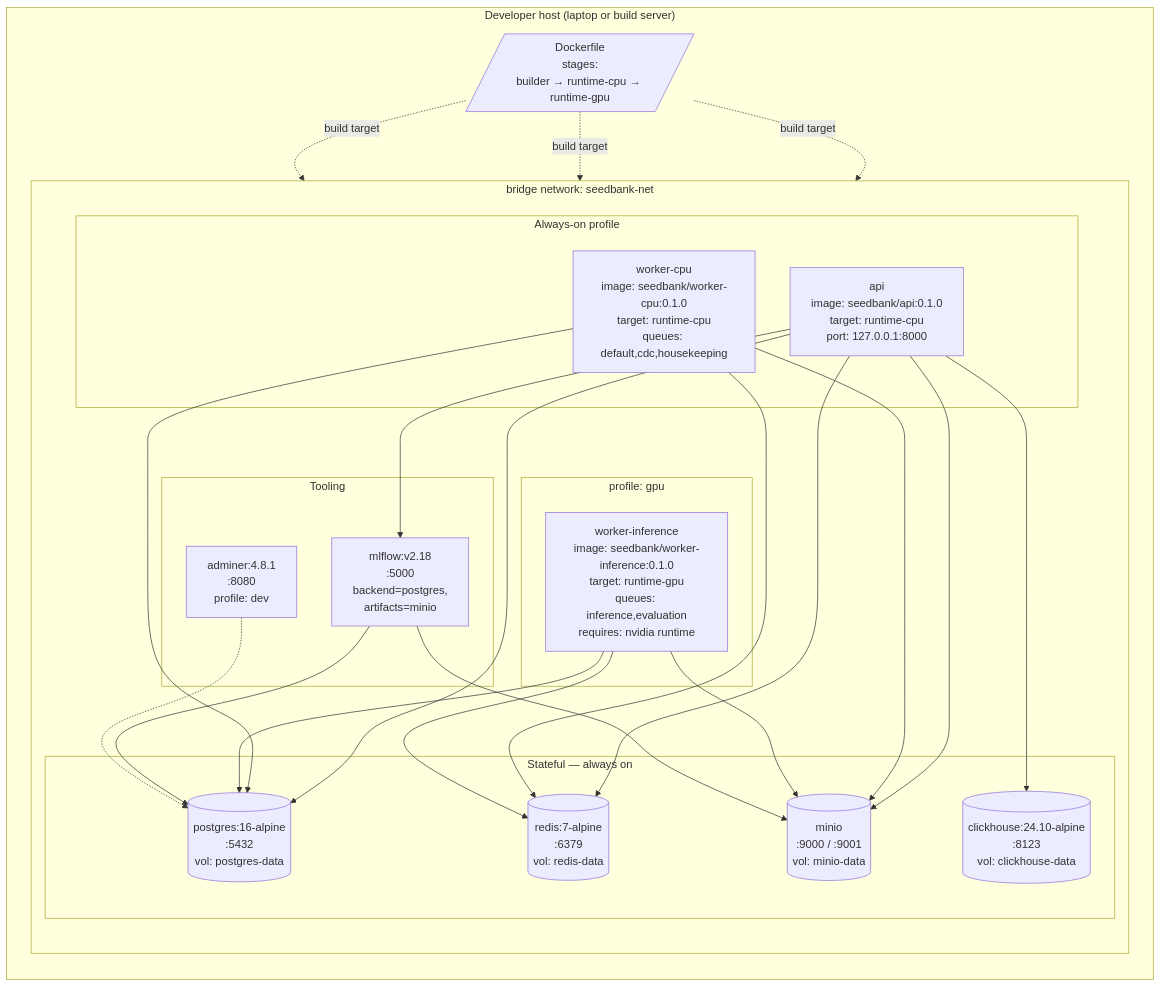
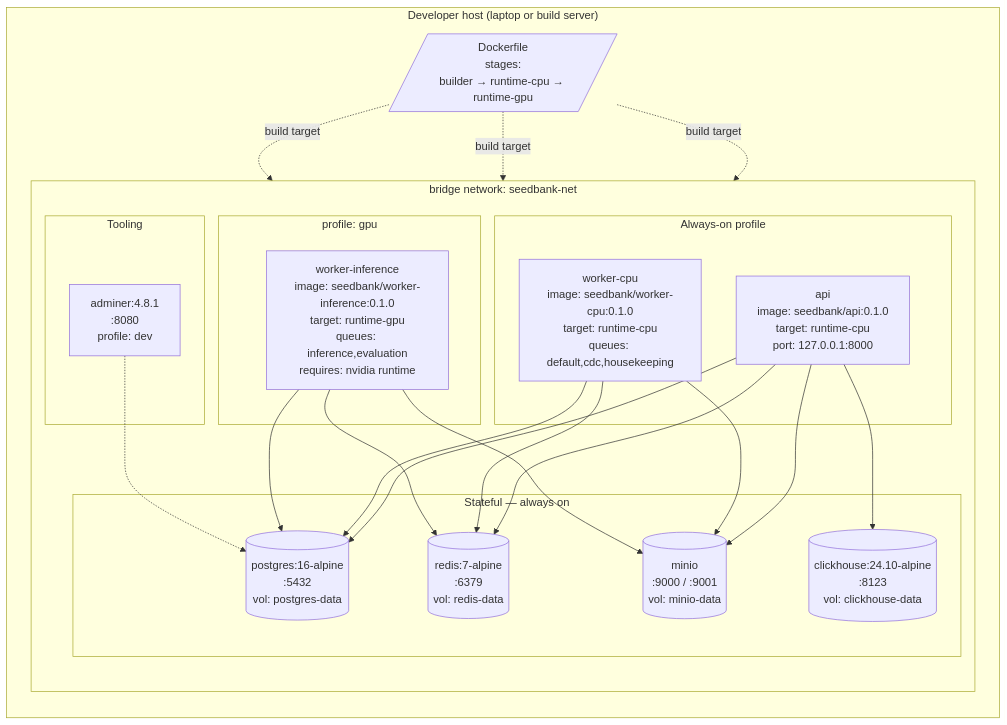
Before and after one commit to RealOrangeKun/seed-bank: the first of 2 diagrams in docs/diagrams/10-deployment.md, drawn with Mermaid. The commit also changed other lines of this file and 98 other files, not shown here.

````diff
--- a/docs/diagrams/10-deployment.md
+++ b/docs/diagrams/10-deployment.md
@@ -9,56 +9,51 @@
 ```mermaid
 flowchart TB
     subgraph Host["Developer host (laptop or build server)"]
         direction TB
 
         subgraph Net["bridge network: seedbank-net"]
             direction TB
 
             subgraph App["Always-on profile"]
                 API[api<br/>image: seedbank/api:0.1.0<br/>target: runtime-cpu<br/>port: 127.0.0.1:8000]
                 WCPU[worker-cpu<br/>image: seedbank/worker-cpu:0.1.0<br/>target: runtime-cpu<br/>queues: default,cdc,housekeeping]
             end
 
             subgraph GPU["profile: gpu"]
                 WGPU[worker-inference<br/>image: seedbank/worker-inference:0.1.0<br/>target: runtime-gpu<br/>queues: inference,evaluation<br/>requires: nvidia runtime]
             end
 
             subgraph Data["Stateful — always on"]
                 PG[(postgres:16-alpine<br/>:5432<br/>vol: postgres-data)]
                 RD[(redis:7-alpine<br/>:6379<br/>vol: redis-data)]
                 MIN[(minio<br/>:9000 / :9001<br/>vol: minio-data)]
                 CH[(clickhouse:24.10-alpine<br/>:8123<br/>vol: clickhouse-data)]
             end
 
             subgraph Tooling["Tooling"]
-                ML[mlflow:v2.18<br/>:5000<br/>backend=postgres,<br/>artifacts=minio]
                 ADM["adminer:4.8.1<br/>:8080<br/>profile: dev"]
             end
         end
 
         BUILD[/Dockerfile<br/>stages:<br/>builder → runtime-cpu → runtime-gpu/]
     end
 
     BUILD -. "build target" .-> API
     BUILD -. "build target" .-> WCPU
     BUILD -. "build target" .-> WGPU
 
     API --> PG
     API --> RD
     API --> MIN
     API --> CH
-    API --> ML
 
     WCPU --> PG
     WCPU --> RD
     WCPU --> MIN
 
     WGPU --> PG
     WGPU --> RD
     WGPU --> MIN
 
-    ML --> PG
-    ML --> MIN
-
     ADM -.-> PG
 ```
````
